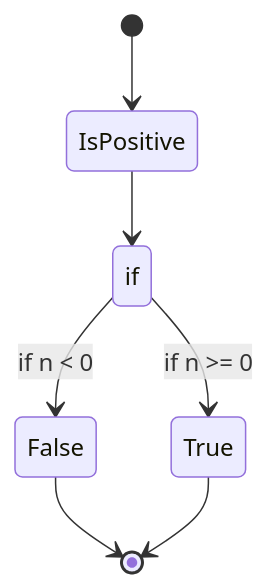
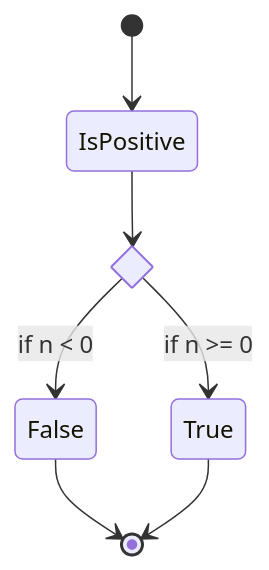
Before and after one commit to PasseRR/passerr.github.io: the tenth of 18 diagrams in posts/2021/2021-12-13-mermaid-state-diagram.md, drawn with Mermaid. The commit also changed other lines of this file and 20 other files, not shown here.

Commit message:
添加代码折叠、优化ftl、mermaid语法高亮

````diff
--- a/posts/2021/2021-12-13-mermaid-state-diagram.md
+++ b/posts/2021/2021-12-13-mermaid-state-diagram.md
@@ -155,10 +155,10 @@
 ```mermaid
 stateDiagram-v2
-    state if &lt;&lt;choice>>
+    state if <<choice>>
     [*] --> IsPositive
     IsPositive --> if
     if --> False: if n < 0
     if --> True : if n >= 0
     False --> [*]
     True --> [*]
 ```
````
